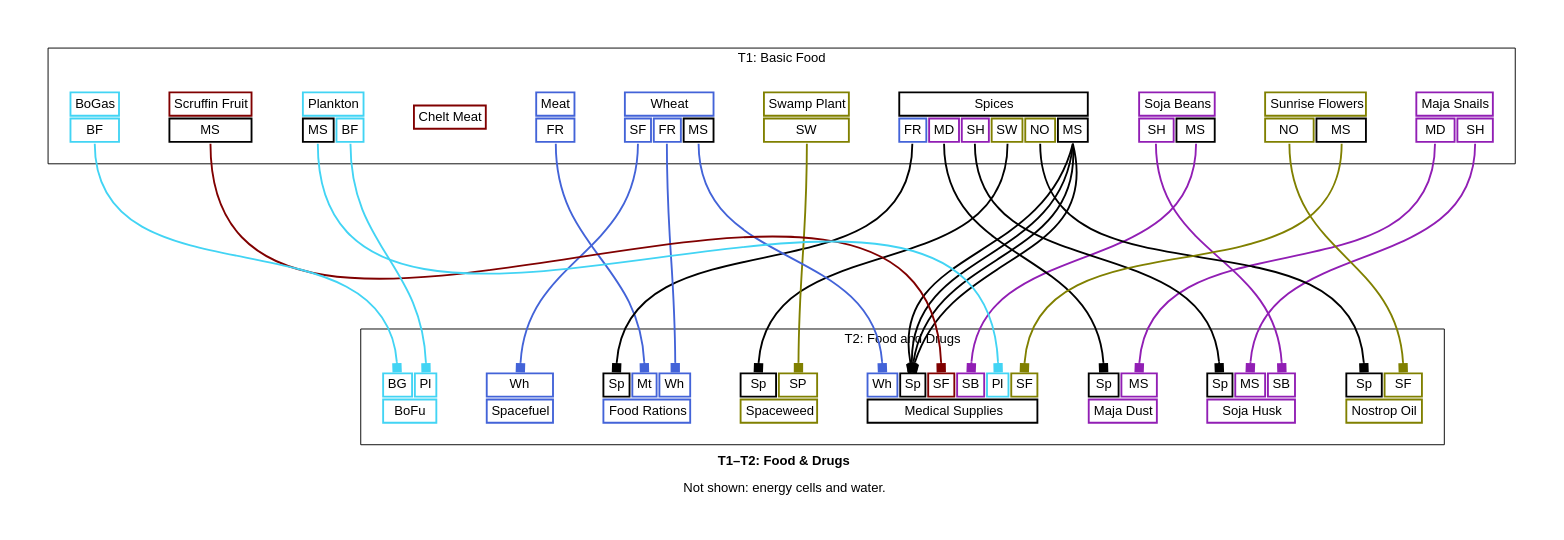
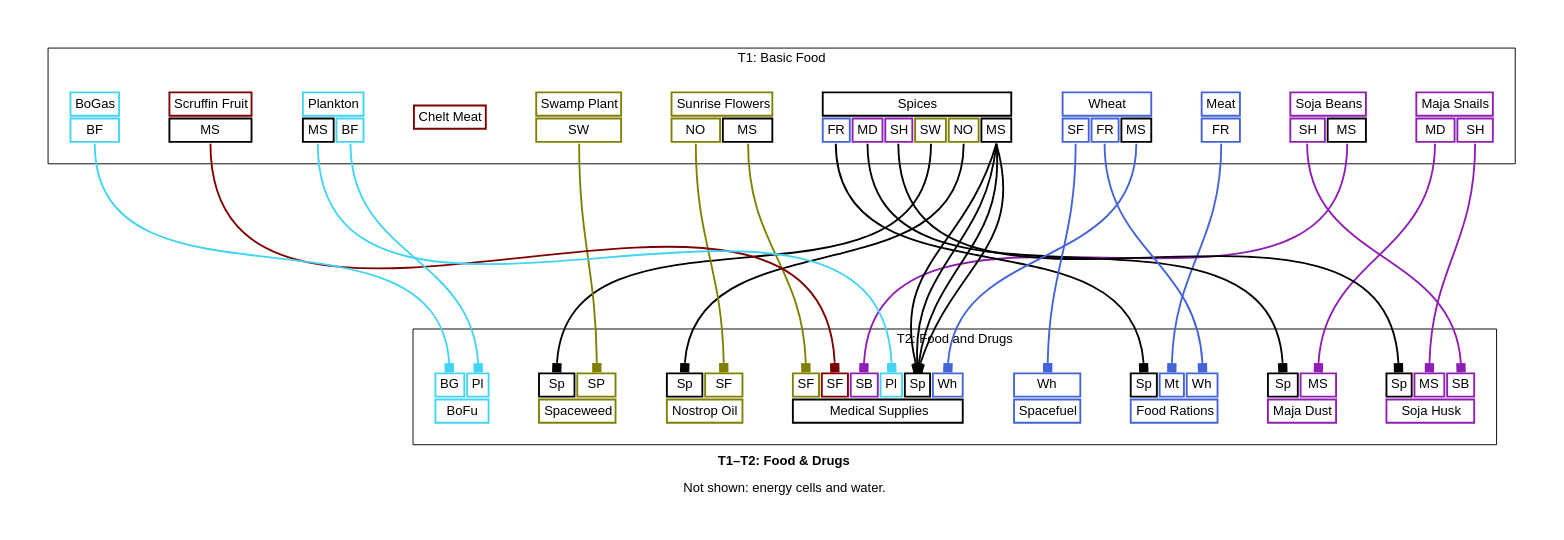
Before and after one commit to borntyping/x4-diagrams: the diagram in docs/t1_t2_food_drugs_graph_simplified.dot, drawn with Graphviz. The commit also changed other lines of this file and 80 other files, not shown here.

```diff
--- a/docs/t1_t2_food_drugs_graph_simplified.dot
+++ b/docs/t1_t2_food_drugs_graph_simplified.dot
@@ -265,9 +265,7 @@
   
     <tr>
       
-        <td align="text" bgcolor="white" color="#4363d8" port="wheat">Wh</td>
-      
-        <td align="text" bgcolor="white" color="#000000" port="spices">Sp</td>
+        <td align="text" bgcolor="white" color="#808000" port="sunrise_flowers">SF</td>
       
         <td align="text" bgcolor="white" color="#800000" port="scruffin_fruits">SF</td>
       
@@ -275,7 +273,9 @@
       
         <td align="text" bgcolor="white" color="#42d4f4" port="plankton">Pl</td>
       
-        <td align="text" bgcolor="white" color="#808000" port="sunrise_flowers">SF</td>
+        <td align="text" bgcolor="white" color="#000000" port="spices">Sp</td>
+      
+        <td align="text" bgcolor="white" color="#4363d8" port="wheat">Wh</td>
       
     </tr>
   
```
